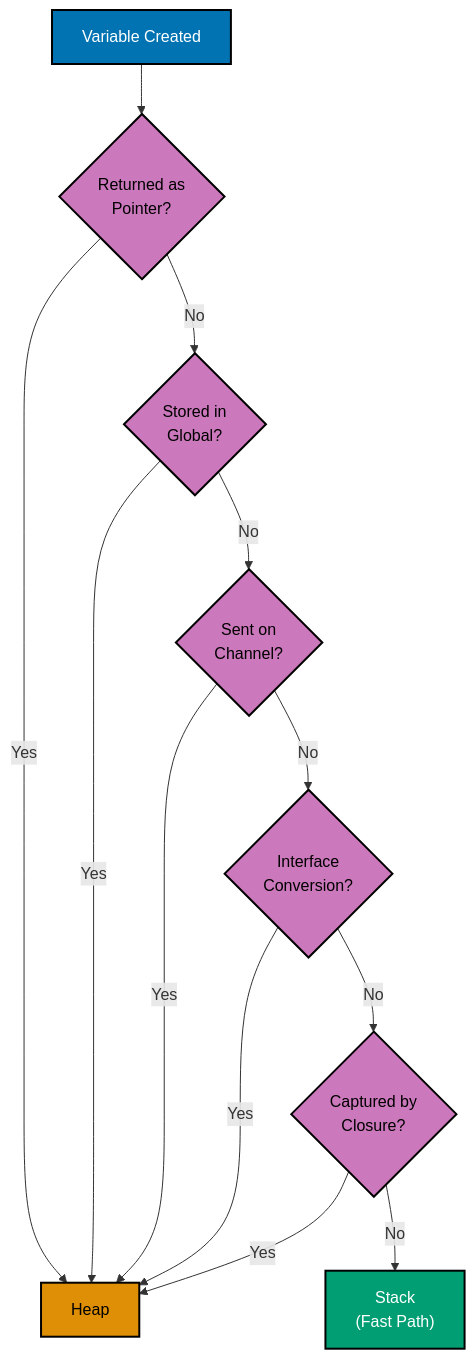
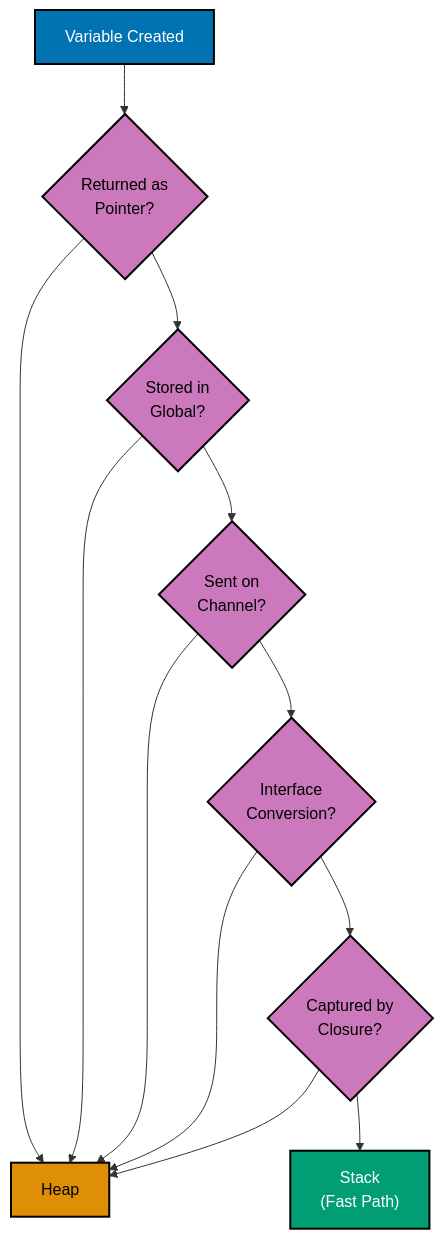
The fifth of 6 diagrams in docs/explanation/software-engineering/programming-languages/golang/performance-standards.md (wahidyankf/ose-primer), drawn with Mermaid before and after one commit. The commit also changed other lines of this file and 11 other files, not shown here.

Commit message:
fix(docs): fix mermaid violations in golang/ docs (batch 3/10)

````diff
--- a/docs/explanation/software-engineering/programming-languages/golang/performance-standards.md
+++ b/docs/explanation/software-engineering/programming-languages/golang/performance-standards.md
@@ -2651,22 +2659,31 @@
 ```mermaid
 %% Color Palette: Blue #0173B2, Orange #DE8F05, Teal #029E73, Purple #CC78BC
 %% All colors are color-blind friendly and meet WCAG AA contrast standards
 
 graph TD
-    A["Variable Created"]:::blue --> B{Returned as<br/>Pointer?}:::purple
-    B -->|Yes| C["Heap"]:::orange
-    B -->|No| D{Stored in<br/>Global?}:::purple
-    D -->|Yes| C
-    D -->|No| E{Sent on<br/>Channel?}:::purple
-    E -->|Yes| C
-    E -->|No| F{Interface<br/>Conversion?}:::purple
-    F -->|Yes| C
-    F -->|No| G{Captured by<br/>Closure?}:::purple
-    G -->|Yes| C
-    G -->|No| H["Stack<br/>#40;Fast Path#41;"]:::teal
+    A["Variable Created"]:::blue
+    B{"Returned as<br/>Pointer?"}:::purple
+    C["Heap"]:::orange
+    D{"Stored in<br/>Global?"}:::purple
+    E{"Sent on<br/>Channel?"}:::purple
+    F{"Interface<br/>Conversion?"}:::purple
+    G{"Captured by<br/>Closure?"}:::purple
+    H["Stack<br/>#40;Fast Path#41;"]:::teal
+
+    A --> B
+    B --> C
+    B --> D
+    D --> C
+    D --> E
+    E --> C
+    E --> F
+    F --> C
+    F --> G
+    G --> C
+    G --> H
 
     classDef blue fill:#0173B2,stroke:#000000,color:#FFFFFF,stroke-width:2px
     classDef orange fill:#DE8F05,stroke:#000000,color:#000000,stroke-width:2px
     classDef teal fill:#029E73,stroke:#000000,color:#FFFFFF,stroke-width:2px
     classDef purple fill:#CC78BC,stroke:#000000,color:#000000,stroke-width:2px
 ```
````
